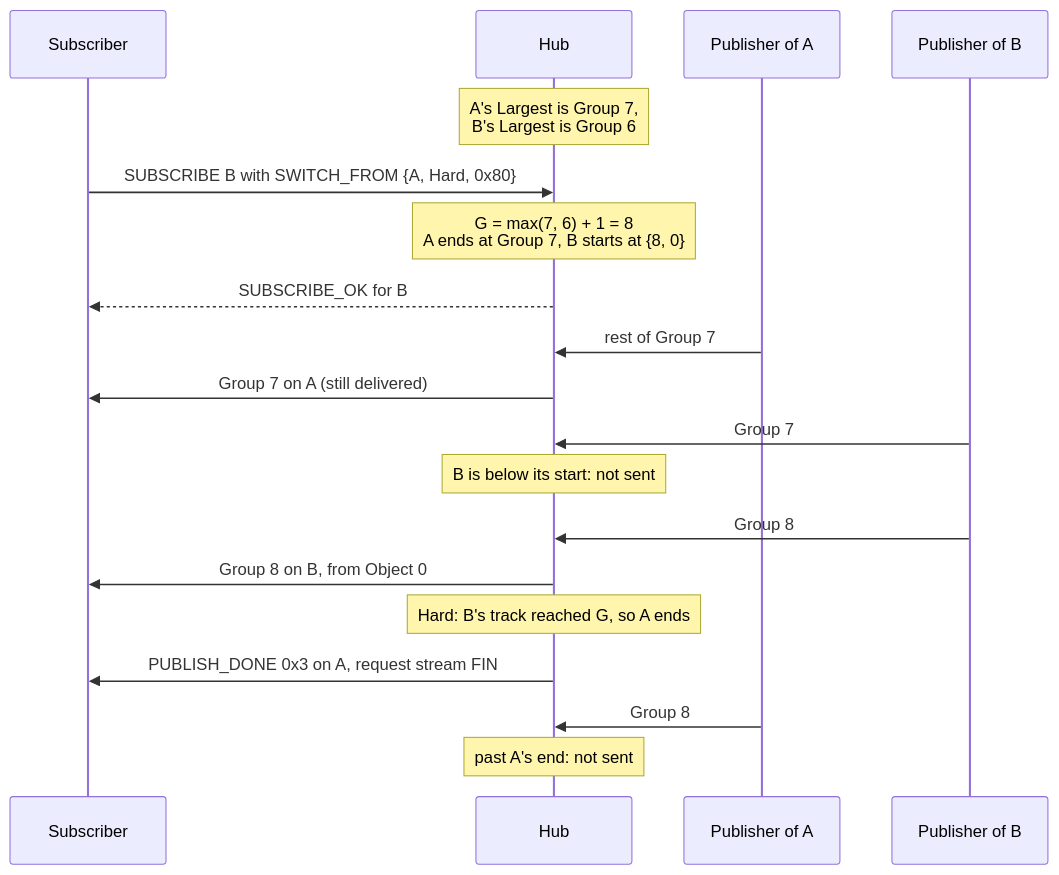
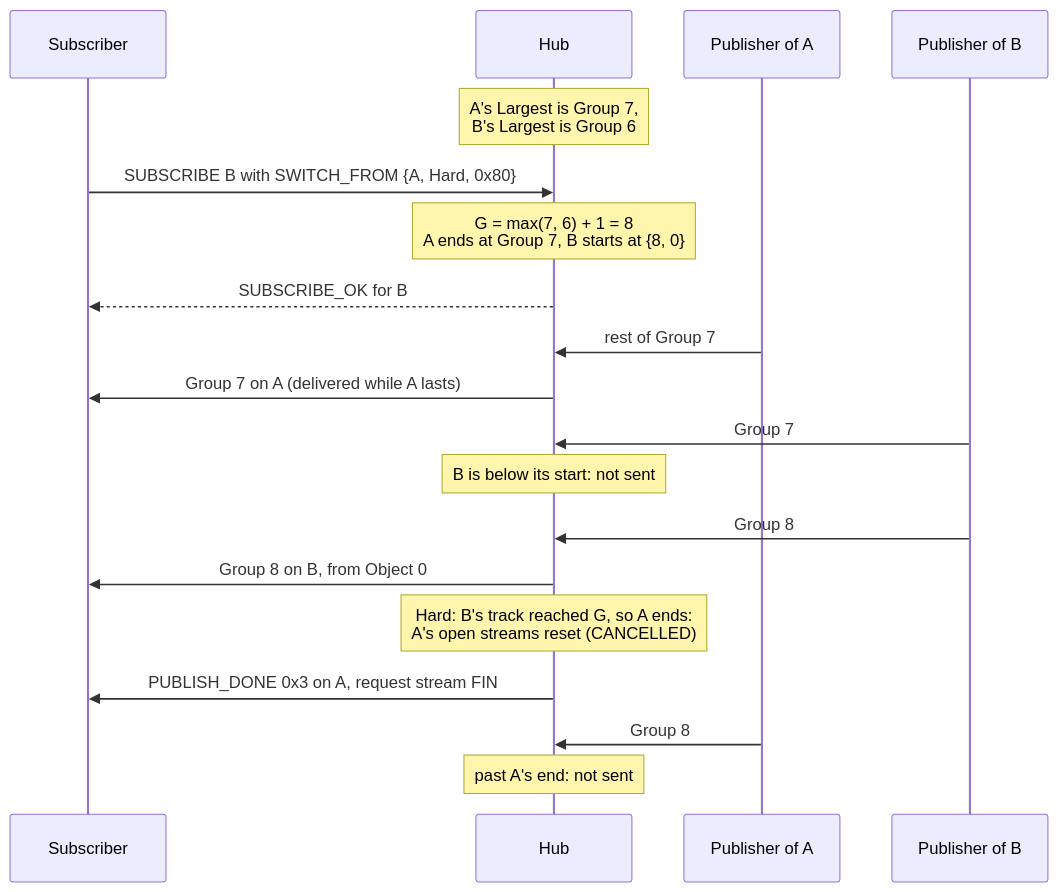
The first of 4 diagrams in docs/features/moqt-track-switching.md (Hakkadaikon/wired), drawn with Mermaid before and after one commit. The commit also changed other lines of this file, not shown here.

First line of the commit message:
docs(moqt): show the Hard-cut stream resets and the update refusal order

````diff
--- a/docs/features/moqt-track-switching.md
+++ b/docs/features/moqt-track-switching.md
@@ -148,21 +148,21 @@
 ```mermaid
 sequenceDiagram
     participant S as Subscriber
     participant H as Hub
     participant PA as Publisher of A
     participant PB as Publisher of B
     Note over H: A's Largest is Group 7,<br/>B's Largest is Group 6
     S->>H: SUBSCRIBE B with SWITCH_FROM {A, Hard, 0x80}
     Note over H: G = max(7, 6) + 1 = 8<br/>A ends at Group 7, B starts at {8, 0}
     H-->>S: SUBSCRIBE_OK for B
     PA->>H: rest of Group 7
-    H->>S: Group 7 on A (still delivered)
+    H->>S: Group 7 on A (delivered while A lasts)
     PB->>H: Group 7
     Note over H: B is below its start: not sent
     PB->>H: Group 8
     H->>S: Group 8 on B, from Object 0
-    Note over H: Hard: B's track reached G, so A ends
+    Note over H: Hard: B's track reached G, so A ends:<br/>A's open streams reset (CANCELLED)
     H->>S: PUBLISH_DONE 0x3 on A, request stream FIN
     PA->>H: Group 8
     Note over H: past A's end: not sent
 ```
````
